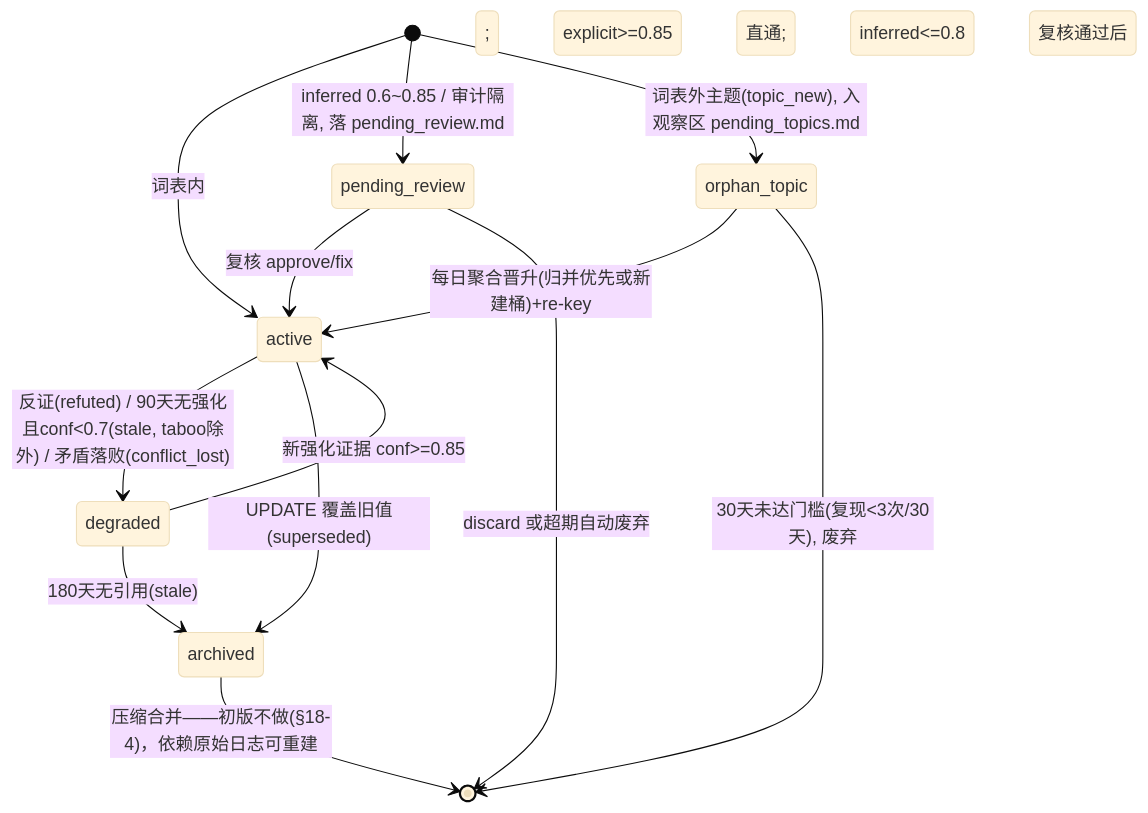
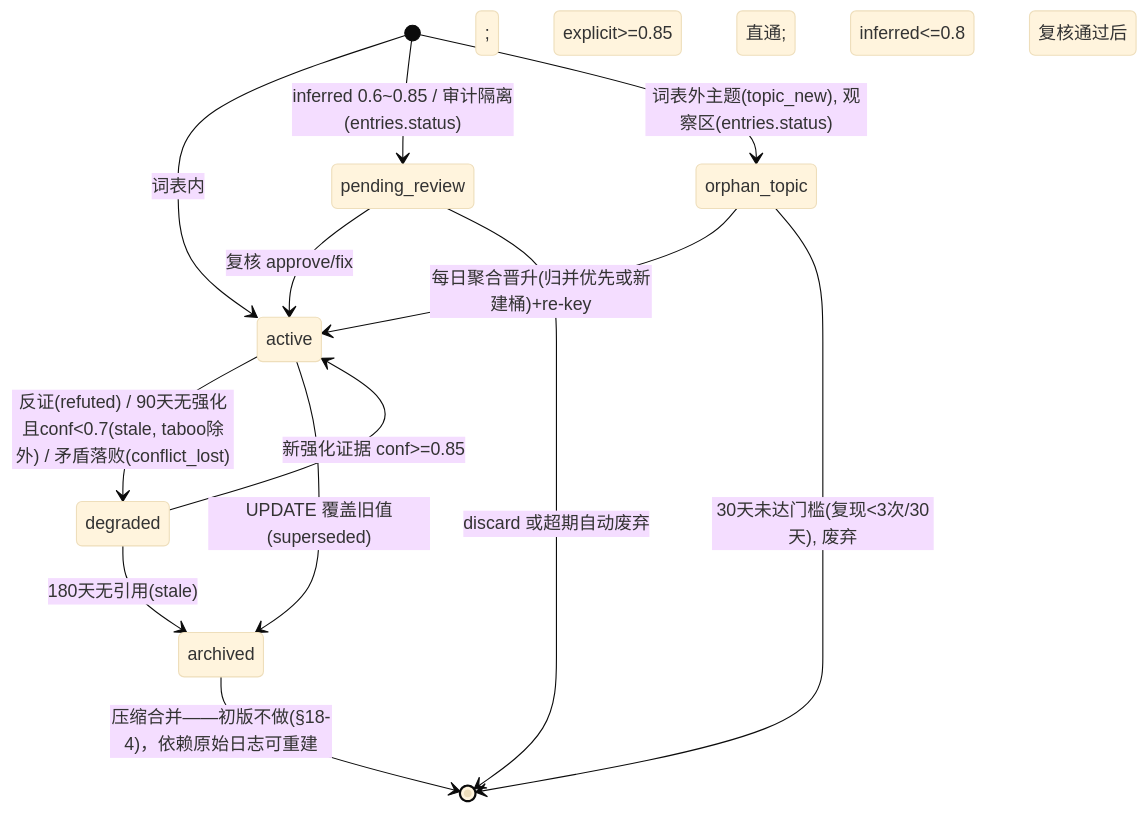
The first of 3 diagrams in docs/superpowers/specs/2026-11-23-user-profile-memory-design.md (helyho/pismor), drawn with Mermaid (base theme) before and after one commit. The commit also changed other lines of this file, not shown here.

Commit message:
docs: 存储翻转——SQLite 升级唯一真相源，md 降为导出视图（表结构/管线/装配/降级链/备份全面对齐）

````diff
--- a/docs/superpowers/specs/2026-11-23-user-profile-memory-design.md
+++ b/docs/superpowers/specs/2026-11-23-user-profile-memory-design.md
@@ -70,15 +68,15 @@
 ```mermaid
 stateDiagram-v2
     [*] --> active: 词表内; explicit>=0.85 直通; inferred<=0.8 复核通过后
-    [*] --> pending_review: inferred 0.6~0.85 / 审计隔离, 落 pending_review.md
-    [*] --> orphan_topic: 词表外主题(topic_new), 入观察区 pending_topics.md
+    [*] --> pending_review: inferred 0.6~0.85 / 审计隔离(entries.status)
+    [*] --> orphan_topic: 词表外主题(topic_new), 观察区(entries.status)
     pending_review --> active: 复核 approve/fix
     pending_review --> [*]: discard 或超期自动废弃
     orphan_topic --> active: 每日聚合晋升(归并优先或新建桶)+re-key
     orphan_topic --> [*]: 30天未达门槛(复现<3次/30天), 废弃
     active --> degraded: 反证(refuted) / 90天无强化且conf<0.7(stale, taboo除外) / 矛盾落败(conflict_lost)
     degraded --> active: 新强化证据 conf>=0.85
     active --> archived: UPDATE 覆盖旧值(superseded)
     degraded --> archived: 180天无引用(stale)
     archived --> [*]: 压缩合并——初版不做(§18-4)，依赖原始日志可重建
 ```
````
